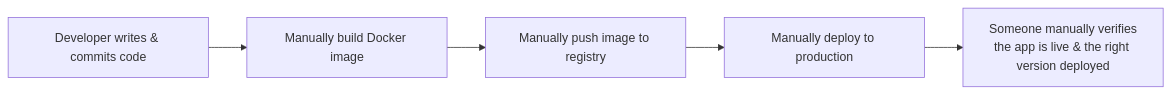
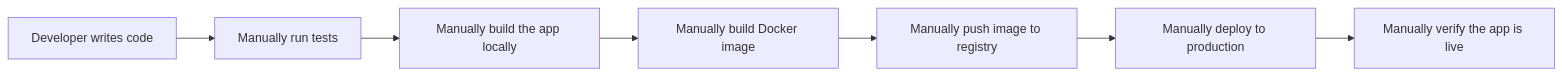
One commit to prashantchauhan-12/Tech-Learning-Notes changed diagram 13 of 16 in devops/DevOps_Masterclass_README.md. Above: the diagram before and after it, drawn with Mermaid. The commit also changed other lines of this file, not shown here.

````diff
--- a/devops/DevOps_Masterclass_README.md
+++ b/devops/DevOps_Masterclass_README.md
@@ -1092,7 +1731,9 @@
 ```mermaid
 flowchart LR
-    A[Developer writes & commits code] --> B[Manually build Docker image]
-    B --> C[Manually push image to registry]
-    C --> D[Manually deploy to production]
-    D --> E[Someone manually verifies\nthe app is live & the right version deployed]
+    A[Developer writes code] --> B[Manually run tests]
+    B --> C[Manually build the app locally]
+    C --> D[Manually build Docker image]
+    D --> E[Manually push image to registry]
+    E --> F[Manually deploy to production]
+    F --> G[Manually verify the app is live]
 ```
````
